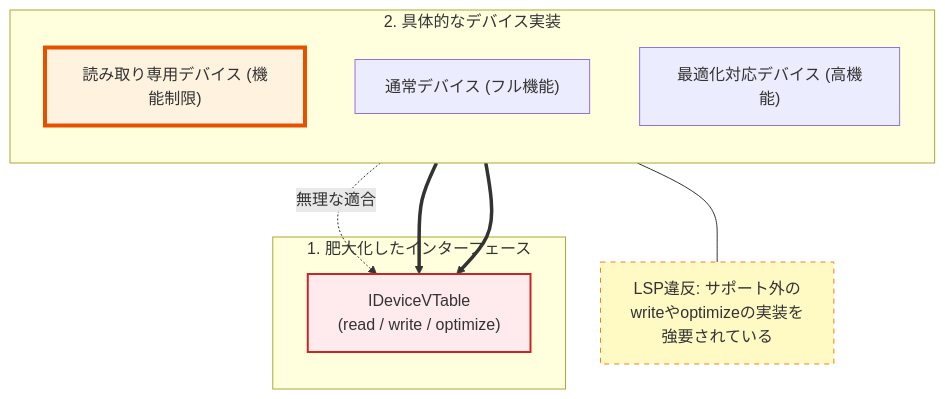
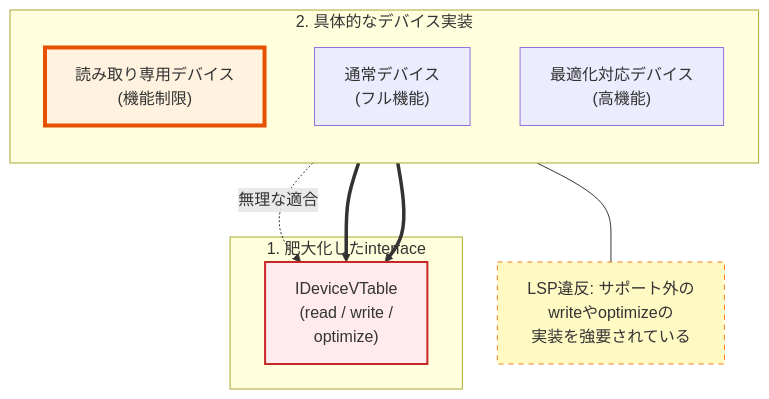
One commit to kumachan1101/BookProject changed the seventh of 8 diagrams in 02_章別/15_第2部 第11章 インターフェース分離原則 (ISP) 不要な依存の排除とモジュール結合度の最小化_01.md. Above: the diagram before and after it, drawn with Mermaid. The commit also changed other lines of this file and 175 other files, not shown here.

````diff
--- a/02_章別/15_第2部 第11章 インターフェース分離原則 (ISP) 不要な依存の排除とモジュール結合度の最小化_01.md
+++ b/02_章別/15_第2部 第11章 インターフェース分離原則 (ISP) 不要な依存の排除とモジュール結合度の最小化_01.md
@@ -443,29 +443,29 @@
 ```mermaid
 graph TB
-      subgraph Interface ["1. 肥大化したインターフェース"]
-          VT["IDeviceVTable<br/>(read / write / optimize)"]
+      subgraph Interface ["1. 肥大化したinterface"]
+          VT["IDeviceVTable<br/>(read / write /<br/>optimize)"]
       end
 
       subgraph Impls ["2. 具体的なデバイス実装"]
           direction TB
-          RO["読み取り専用デバイス (機能制限)"]
-          RW["通常デバイス (フル機能)"]
-          OPT["最適化対応デバイス (高機能)"]
+          RO["読み取り専用デバイス<br/>(機能制限)"]
+          RW["通常デバイス<br/>(フル機能)"]
+          OPT["最適化対応デバイス<br/>(高機能)"]
       end
 
       %% 接続
       RO -.->|"無理な適合"| VT
       RW ==> VT
       OPT ==> VT
 
       %% 問題点の強調
-      Problem["LSP違反: サポート外の<br/>writeやoptimizeの実装を<br/>強要されている"]
+      Problem["LSP違反: サポート外の<br/>writeやoptimizeの<br/>実装を強要されている"]
 
       %% 配置の調整
       RO --- Problem
 
       %% スタイル設定
       style VT fill:#ffebee,stroke:#c62828,stroke-width:2px
       style RO fill:#fff3e0,stroke:#e65100,stroke-width:4px
       style Problem fill:#fff9c4,stroke:#f57f17,stroke-dasharray: 5 5
 ```
````
